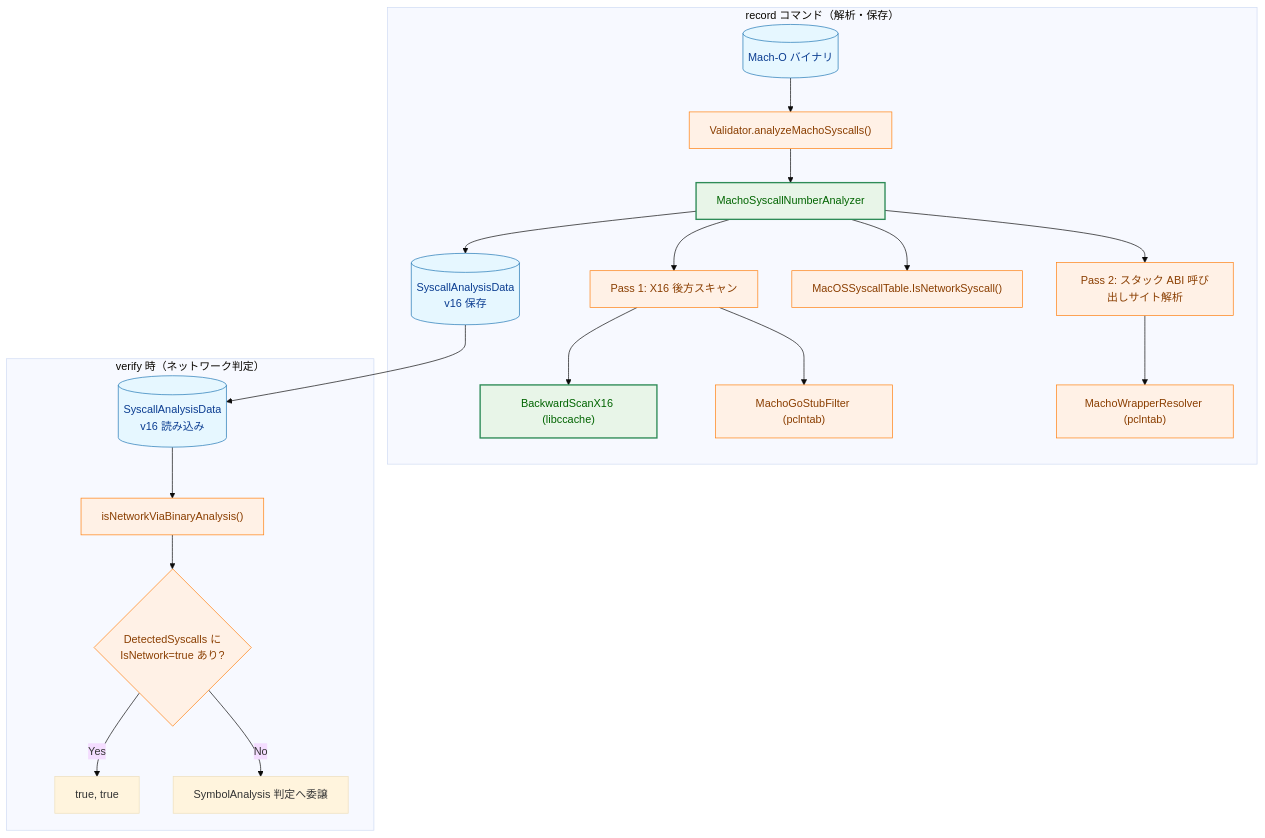
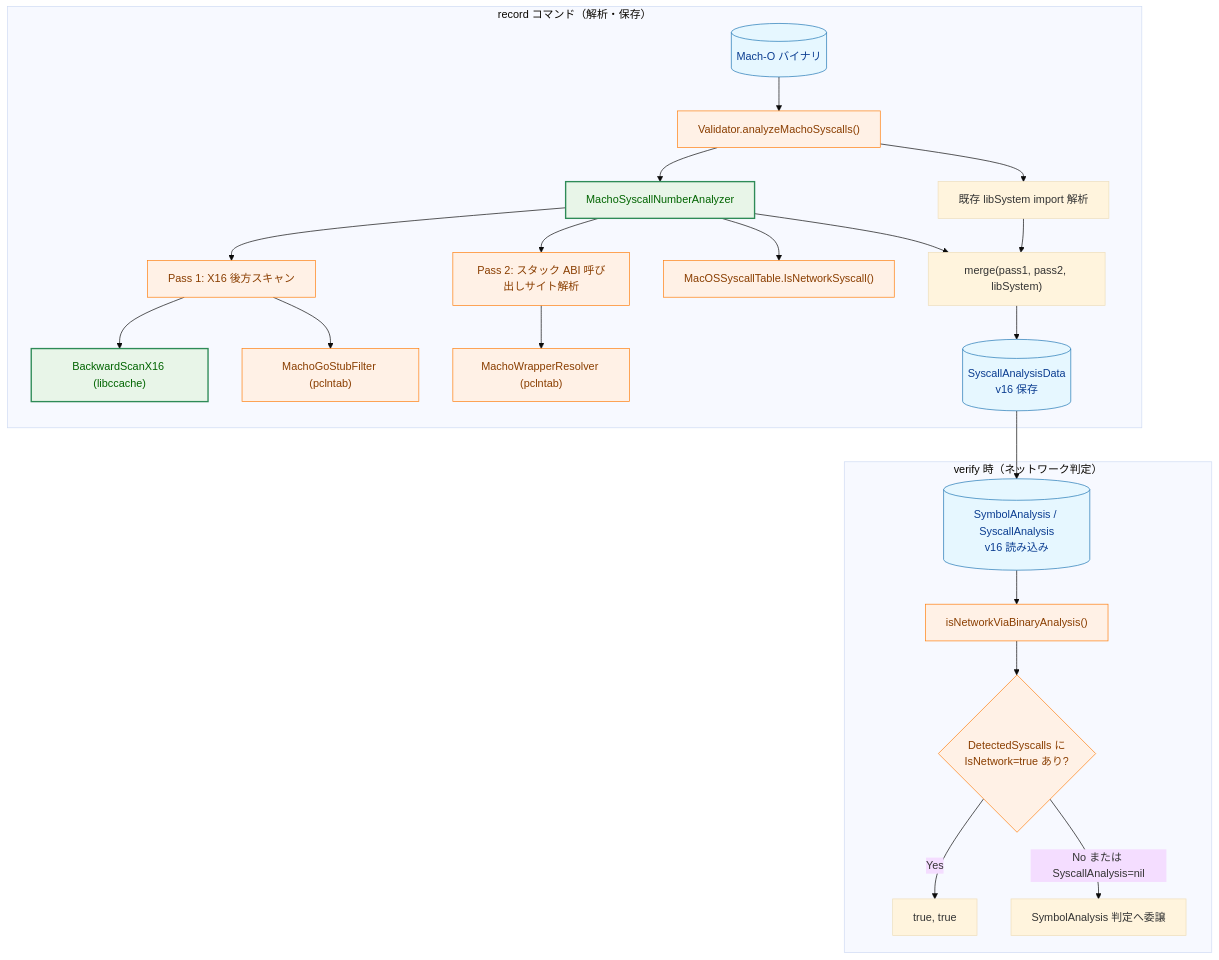
The first of 7 diagrams in docs/tasks/0104_macho_syscall_number_analysis/02_architecture.md (isseis/go-safe-cmd-runner), drawn with Mermaid (base theme) before and after one commit. The commit also changed other lines of this file and 2 other files, not shown here.

Commit message:
docs(0104): integrate libSystem analysis and fix nil SyscallAnalysis delegation

````diff
--- a/docs/tasks/0104_macho_syscall_number_analysis/02_architecture.md
+++ b/docs/tasks/0104_macho_syscall_number_analysis/02_architecture.md
@@ -23,32 +24,35 @@
 ```mermaid
 flowchart TD
     classDef data fill:#e6f7ff,stroke:#1f77b4,stroke-width:1px,color:#0b3d91;
     classDef process fill:#fff1e6,stroke:#ff7f0e,stroke-width:1px,color:#8a3e00;
     classDef enhanced fill:#e8f5e8,stroke:#2e8b57,stroke-width:2px,color:#006400;
     classDef removed fill:#ffe0e0,stroke:#cc0000,stroke-width:1px,color:#800000;
 
     subgraph record["record コマンド（解析・保存）"]
         A[("Mach-O バイナリ")] --> B["Validator.analyzeMachoSyscalls()"]
         B --> C["MachoSyscallNumberAnalyzer"]
+        B --> LS["既存 libSystem import 解析"]
         C --> D["Pass 1: X16 後方スキャン"]
         C --> E["Pass 2: スタック ABI 呼び出しサイト解析"]
         D --> F["BackwardScanX16 (libccache)"]
         D --> G["MachoGoStubFilter (pclntab)"]
         E --> H["MachoWrapperResolver (pclntab)"]
         C --> I["MacOSSyscallTable.IsNetworkSyscall()"]
-        C --> J[("SyscallAnalysisData<br>v16 保存")]
+        C --> MM["merge(pass1, pass2, libSystem)"]
+        LS --> MM
+        MM --> J[("SyscallAnalysisData<br>v16 保存")]
     end
 
     subgraph verify["verify 時（ネットワーク判定）"]
-        K[("SyscallAnalysisData<br>v16 読み込み")] --> L["isNetworkViaBinaryAnalysis()"]
+        K[("SymbolAnalysis / SyscallAnalysis<br>v16 読み込み")] --> L["isNetworkViaBinaryAnalysis()"]
         L --> M{"DetectedSyscalls に<br>IsNetwork=true あり?"}
         M -->|"Yes"| N["true, true"]
-        M -->|"No"| O["SymbolAnalysis 判定へ委譲"]
+        M -->|"No または SyscallAnalysis=nil"| O["SymbolAnalysis 判定へ委譲"]
     end
 
     J --> K
 
     class A,J,K data;
     class B,D,E,G,H,I,L,M process;
     class C,F enhanced;
 ```
````
